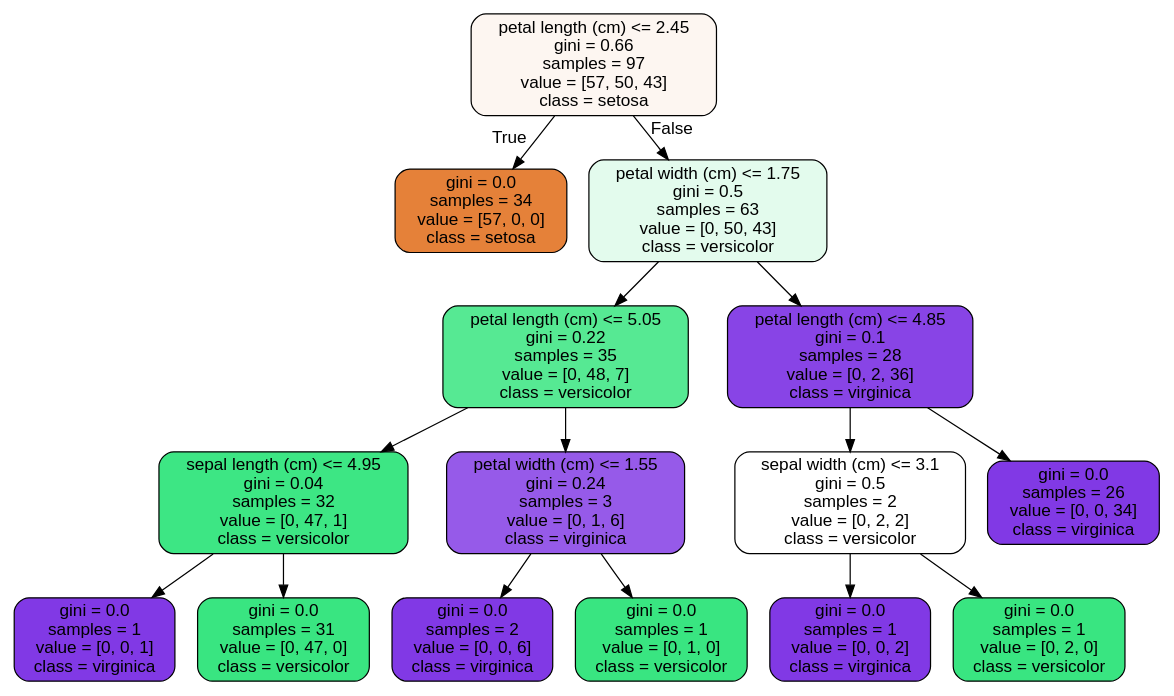
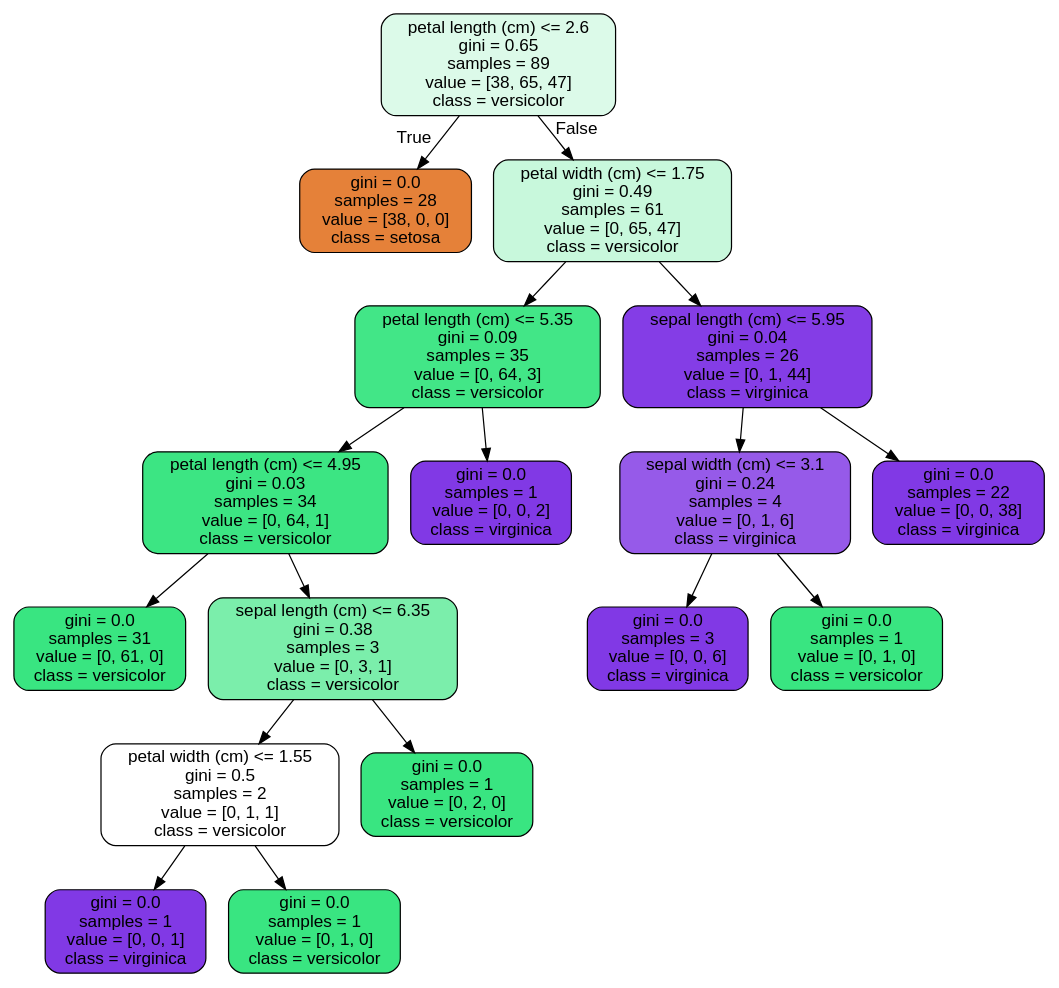
The diagram in RandomForest Covid Case Study_06302020/tree.dot (Shane-McCallum/Random-Forest-COVID-19), drawn with Graphviz before and after one commit. The commit also changed 3 other files, not shown here.

```diff
--- a/RandomForest Covid Case Study_06302020/tree.dot
+++ b/RandomForest Covid Case Study_06302020/tree.dot
@@ -1,33 +1,37 @@
 digraph Tree {
 node [shape=box, style="filled, rounded", color="black", fontname=helvetica] ;
 edge [fontname=helvetica] ;
-0 [label="petal length (cm) <= 2.45\ngini = 0.66\nsamples = 97\nvalue = [57, 50, 43]\nclass = setosa", fillcolor="#fdf6f1"] ;
-1 [label="gini = 0.0\nsamples = 34\nvalue = [57, 0, 0]\nclass = setosa", fillcolor="#e58139"] ;
+0 [label="petal length (cm) <= 2.6\ngini = 0.65\nsamples = 89\nvalue = [38, 65, 47]\nclass = versicolor", fillcolor="#dcfae9"] ;
+1 [label="gini = 0.0\nsamples = 28\nvalue = [38, 0, 0]\nclass = setosa", fillcolor="#e58139"] ;
 0 -> 1 [labeldistance=2.5, labelangle=45, headlabel="True"] ;
-2 [label="petal width (cm) <= 1.75\ngini = 0.5\nsamples = 63\nvalue = [0, 50, 43]\nclass = versicolor", fillcolor="#e3fbed"] ;
+2 [label="petal width (cm) <= 1.75\ngini = 0.49\nsamples = 61\nvalue = [0, 65, 47]\nclass = versicolor", fillcolor="#c8f8dc"] ;
 0 -> 2 [labeldistance=2.5, labelangle=-45, headlabel="False"] ;
-3 [label="petal length (cm) <= 5.05\ngini = 0.22\nsamples = 35\nvalue = [0, 48, 7]\nclass = versicolor", fillcolor="#56e993"] ;
+3 [label="petal length (cm) <= 5.35\ngini = 0.09\nsamples = 35\nvalue = [0, 64, 3]\nclass = versicolor", fillcolor="#42e687"] ;
 2 -> 3 ;
-4 [label="sepal length (cm) <= 4.95\ngini = 0.04\nsamples = 32\nvalue = [0, 47, 1]\nclass = versicolor", fillcolor="#3de684"] ;
+4 [label="petal length (cm) <= 4.95\ngini = 0.03\nsamples = 34\nvalue = [0, 64, 1]\nclass = versicolor", fillcolor="#3ce583"] ;
 3 -> 4 ;
-5 [label="gini = 0.0\nsamples = 1\nvalue = [0, 0, 1]\nclass = virginica", fillcolor="#8139e5"] ;
+5 [label="gini = 0.0\nsamples = 31\nvalue = [0, 61, 0]\nclass = versicolor", fillcolor="#39e581"] ;
 4 -> 5 ;
-6 [label="gini = 0.0\nsamples = 31\nvalue = [0, 47, 0]\nclass = versicolor", fillcolor="#39e581"] ;
+6 [label="sepal length (cm) <= 6.35\ngini = 0.38\nsamples = 3\nvalue = [0, 3, 1]\nclass = versicolor", fillcolor="#7beeab"] ;
 4 -> 6 ;
-7 [label="petal width (cm) <= 1.55\ngini = 0.24\nsamples = 3\nvalue = [0, 1, 6]\nclass = virginica", fillcolor="#965ae9"] ;
-3 -> 7 ;
-8 [label="gini = 0.0\nsamples = 2\nvalue = [0, 0, 6]\nclass = virginica", fillcolor="#8139e5"] ;
+7 [label="petal width (cm) <= 1.55\ngini = 0.5\nsamples = 2\nvalue = [0, 1, 1]\nclass = versicolor", fillcolor="#ffffff"] ;
+6 -> 7 ;
+8 [label="gini = 0.0\nsamples = 1\nvalue = [0, 0, 1]\nclass = virginica", fillcolor="#8139e5"] ;
 7 -> 8 ;
 9 [label="gini = 0.0\nsamples = 1\nvalue = [0, 1, 0]\nclass = versicolor", fillcolor="#39e581"] ;
 7 -> 9 ;
-10 [label="petal length (cm) <= 4.85\ngini = 0.1\nsamples = 28\nvalue = [0, 2, 36]\nclass = virginica", fillcolor="#8844e6"] ;
-2 -> 10 ;
-11 [label="sepal width (cm) <= 3.1\ngini = 0.5\nsamples = 2\nvalue = [0, 2, 2]\nclass = versicolor", fillcolor="#ffffff"] ;
-10 -> 11 ;
-12 [label="gini = 0.0\nsamples = 1\nvalue = [0, 0, 2]\nclass = virginica", fillcolor="#8139e5"] ;
-11 -> 12 ;
-13 [label="gini = 0.0\nsamples = 1\nvalue = [0, 2, 0]\nclass = versicolor", fillcolor="#39e581"] ;
-11 -> 13 ;
-14 [label="gini = 0.0\nsamples = 26\nvalue = [0, 0, 34]\nclass = virginica", fillcolor="#8139e5"] ;
-10 -> 14 ;
+10 [label="gini = 0.0\nsamples = 1\nvalue = [0, 2, 0]\nclass = versicolor", fillcolor="#39e581"] ;
+6 -> 10 ;
+11 [label="gini = 0.0\nsamples = 1\nvalue = [0, 0, 2]\nclass = virginica", fillcolor="#8139e5"] ;
+3 -> 11 ;
+12 [label="sepal length (cm) <= 5.95\ngini = 0.04\nsamples = 26\nvalue = [0, 1, 44]\nclass = virginica", fillcolor="#843de6"] ;
+2 -> 12 ;
+13 [label="sepal width (cm) <= 3.1\ngini = 0.24\nsamples = 4\nvalue = [0, 1, 6]\nclass = virginica", fillcolor="#965ae9"] ;
+12 -> 13 ;
+14 [label="gini = 0.0\nsamples = 3\nvalue = [0, 0, 6]\nclass = virginica", fillcolor="#8139e5"] ;
+13 -> 14 ;
+15 [label="gini = 0.0\nsamples = 1\nvalue = [0, 1, 0]\nclass = versicolor", fillcolor="#39e581"] ;
+13 -> 15 ;
+16 [label="gini = 0.0\nsamples = 22\nvalue = [0, 0, 38]\nclass = virginica", fillcolor="#8139e5"] ;
+12 -> 16 ;
 }
```
